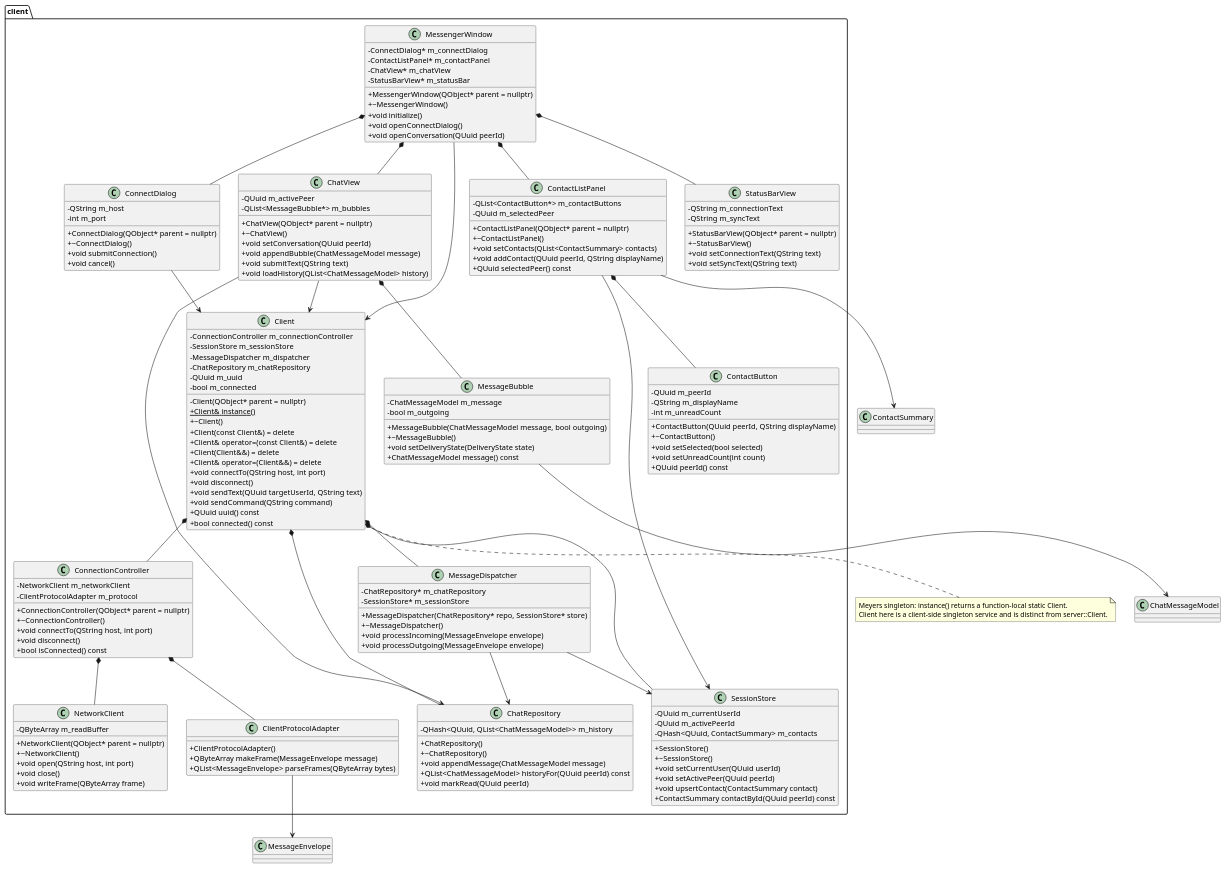
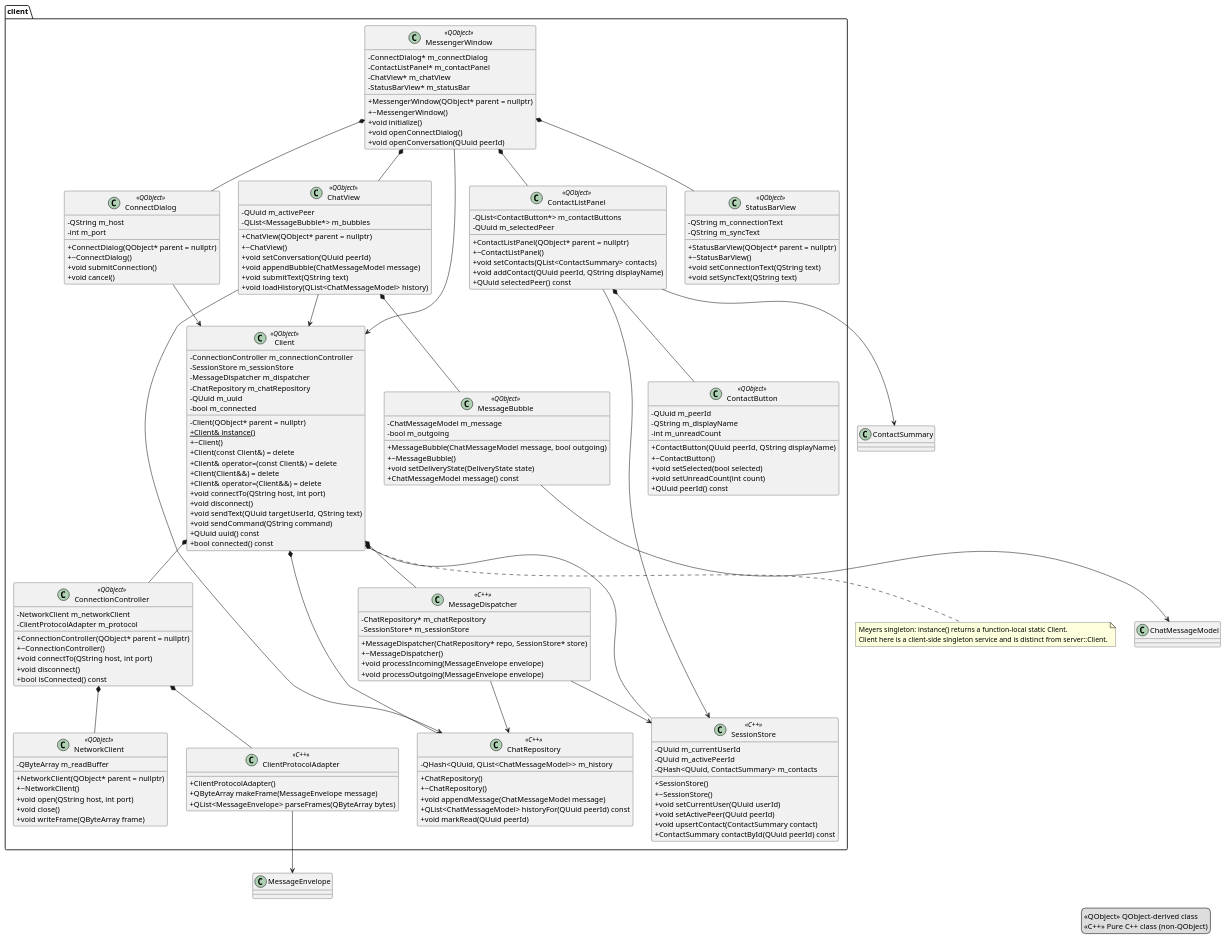
Before and after one commit to duckysmacky/qt-chat-app: the diagram in docs/architecture/client.puml, drawn with PlantUML. The commit also changed 2 other files, not shown here.

Commit message:
docs: label QObject vs pure C++ classes in architecture diagrams

```diff
--- a/docs/architecture/client.puml
+++ b/docs/architecture/client.puml
@@ -1,187 +1,192 @@
 @startuml ClientArchitecture
 skinparam classAttributeIconSize 0
 
+legend right
+  <<QObject>> QObject-derived class
+  <<C++>> Pure C++ class (non-QObject)
+endlegend
+
 package "client" {
 
-class Client {
+class Client <<QObject>> {
   - ConnectionController m_connectionController
   - SessionStore m_sessionStore
   - MessageDispatcher m_dispatcher
   - ChatRepository m_chatRepository
   - QUuid m_uuid
   - bool m_connected
   - Client(QObject* parent = nullptr)
   + {static} Client& instance()
   + ~Client()
   + Client(const Client&) = delete
   + Client& operator=(const Client&) = delete
   + Client(Client&&) = delete
   + Client& operator=(Client&&) = delete
   + void connectTo(QString host, int port)
   + void disconnect()
   + void sendText(QUuid targetUserId, QString text)
   + void sendCommand(QString command)
   + QUuid uuid() const
   + bool connected() const
 }
 
-class MessengerWindow {
+class MessengerWindow <<QObject>> {
   - ConnectDialog* m_connectDialog
   - ContactListPanel* m_contactPanel
   - ChatView* m_chatView
   - StatusBarView* m_statusBar
   + MessengerWindow(QObject* parent = nullptr)
   + ~MessengerWindow()
   + void initialize()
   + void openConnectDialog()
   + void openConversation(QUuid peerId)
 }
 
-class ConnectDialog {
+class ConnectDialog <<QObject>> {
   - QString m_host
   - int m_port
   + ConnectDialog(QObject* parent = nullptr)
   + ~ConnectDialog()
   + void submitConnection()
   + void cancel()
 }
 
-class ContactListPanel {
+class ContactListPanel <<QObject>> {
   - QList<ContactButton*> m_contactButtons
   - QUuid m_selectedPeer
   + ContactListPanel(QObject* parent = nullptr)
   + ~ContactListPanel()
   + void setContacts(QList<ContactSummary> contacts)
   + void addContact(QUuid peerId, QString displayName)
   + QUuid selectedPeer() const
 }
 
-class ContactButton {
+class ContactButton <<QObject>> {
   - QUuid m_peerId
   - QString m_displayName
   - int m_unreadCount
   + ContactButton(QUuid peerId, QString displayName)
   + ~ContactButton()
   + void setSelected(bool selected)
   + void setUnreadCount(int count)
   + QUuid peerId() const
 }
 
-class ChatView {
+class ChatView <<QObject>> {
   - QUuid m_activePeer
   - QList<MessageBubble*> m_bubbles
   + ChatView(QObject* parent = nullptr)
   + ~ChatView()
   + void setConversation(QUuid peerId)
   + void appendBubble(ChatMessageModel message)
   + void submitText(QString text)
   + void loadHistory(QList<ChatMessageModel> history)
 }
 
-class MessageBubble {
+class MessageBubble <<QObject>> {
   - ChatMessageModel m_message
   - bool m_outgoing
   + MessageBubble(ChatMessageModel message, bool outgoing)
   + ~MessageBubble()
   + void setDeliveryState(DeliveryState state)
   + ChatMessageModel message() const
 }
 
-class StatusBarView {
+class StatusBarView <<QObject>> {
   - QString m_connectionText
   - QString m_syncText
   + StatusBarView(QObject* parent = nullptr)
   + ~StatusBarView()
   + void setConnectionText(QString text)
   + void setSyncText(QString text)
 }
 
-class ConnectionController {
+class ConnectionController <<QObject>> {
   - NetworkClient m_networkClient
   - ClientProtocolAdapter m_protocol
   + ConnectionController(QObject* parent = nullptr)
   + ~ConnectionController()
   + void connectTo(QString host, int port)
   + void disconnect()
   + bool isConnected() const
 }
 
-class NetworkClient {
+class NetworkClient <<QObject>> {
   - QByteArray m_readBuffer
   + NetworkClient(QObject* parent = nullptr)
   + ~NetworkClient()
   + void open(QString host, int port)
   + void close()
   + void writeFrame(QByteArray frame)
 }
 
-class ClientProtocolAdapter {
+class ClientProtocolAdapter <<C++>> {
   + ClientProtocolAdapter()
   + QByteArray makeFrame(MessageEnvelope message)
   + QList<MessageEnvelope> parseFrames(QByteArray bytes)
 }
 
-class MessageDispatcher {
+class MessageDispatcher <<C++>> {
   - ChatRepository* m_chatRepository
   - SessionStore* m_sessionStore
   + MessageDispatcher(ChatRepository* repo, SessionStore* store)
   + ~MessageDispatcher()
   + void processIncoming(MessageEnvelope envelope)
   + void processOutgoing(MessageEnvelope envelope)
 }
 
-class ChatRepository {
+class ChatRepository <<C++>> {
   - QHash<QUuid, QList<ChatMessageModel>> m_history
   + ChatRepository()
   + ~ChatRepository()
   + void appendMessage(ChatMessageModel message)
   + QList<ChatMessageModel> historyFor(QUuid peerId) const
   + void markRead(QUuid peerId)
 }
 
-class SessionStore {
+class SessionStore <<C++>> {
   - QUuid m_currentUserId
   - QUuid m_activePeerId
   - QHash<QUuid, ContactSummary> m_contacts
   + SessionStore()
   + ~SessionStore()
   + void setCurrentUser(QUuid userId)
   + void setActivePeer(QUuid peerId)
   + void upsertContact(ContactSummary contact)
   + ContactSummary contactById(QUuid peerId) const
 }
 
 }
 
 note bottom of Client
 Meyers singleton: instance() returns a function-local static Client.
 Client here is a client-side singleton service and is distinct from server::Client.
 end note
 
 MessengerWindow *-- ConnectDialog
 MessengerWindow *-- ContactListPanel
 MessengerWindow *-- ChatView
 MessengerWindow *-- StatusBarView
 ContactListPanel *-- ContactButton
 ChatView *-- MessageBubble
 
 Client *-- ConnectionController
 Client *-- SessionStore
 Client *-- MessageDispatcher
 Client *-- ChatRepository
 
 ConnectionController *-- NetworkClient
 ConnectionController *-- ClientProtocolAdapter
 MessageDispatcher --> ChatRepository
 MessageDispatcher --> SessionStore
 
 MessengerWindow --> Client
 ConnectDialog --> Client
 ContactListPanel --> SessionStore
 ChatView --> Client
 ChatView --> ChatRepository
 MessageBubble --> ChatMessageModel
 ContactListPanel --> ContactSummary
 ClientProtocolAdapter --> MessageEnvelope
 
 @enduml
```
